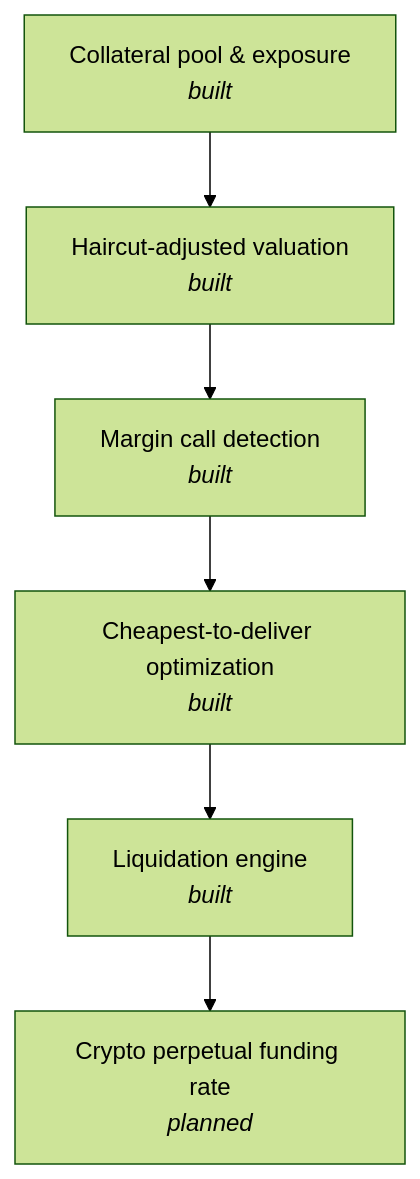
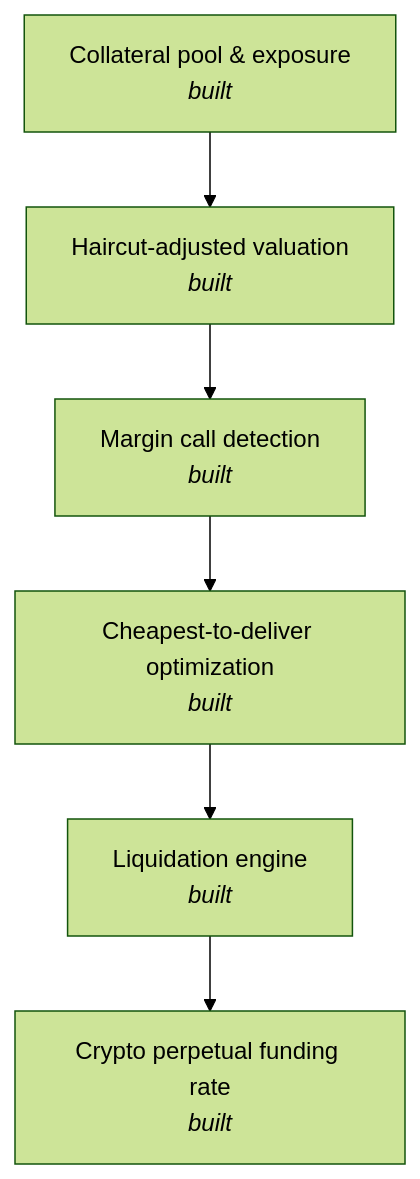
Before and after one commit to yuschajp/collateral_engine: the diagram in README.md, drawn with Mermaid (forest theme). The commit also changed other lines of this file and 2 other files, not shown here.

Commit message:
Add crypto perpetual funding rate mechanics, tied into the existing margin call check

````diff
--- a/README.md
+++ b/README.md
@@ -11,8 +11,8 @@
 ```mermaid
 flowchart TD
     A[Collateral pool & exposure<br/><i>built</i>] --> B[Haircut-adjusted valuation<br/><i>built</i>]
     B --> C[Margin call detection<br/><i>built</i>]
     C --> D[Cheapest-to-deliver optimization<br/><i>built</i>]
     D --> E[Liquidation engine<br/><i>built</i>]
-    E --> F[Crypto perpetual funding rate<br/><i>planned</i>]
+    E --> F[Crypto perpetual funding rate<br/><i>built</i>]
 ```
````
